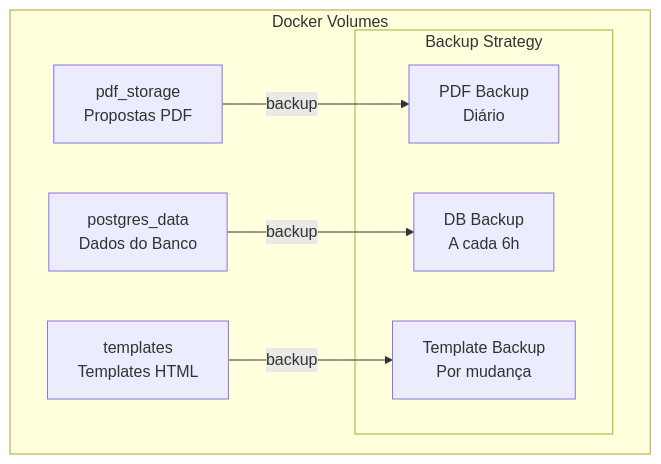
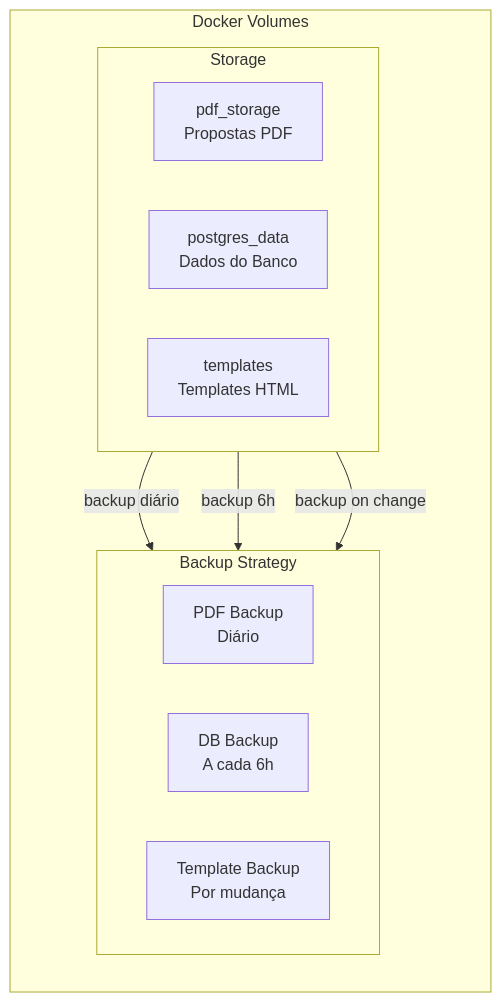
The fourth of 5 diagrams in doc/docker_compose.md (thespamer/propos4l), drawn with Mermaid before and after one commit. The commit also changed other lines of this file and 37 other files, not shown here.

````diff
--- a/doc/docker_compose.md
+++ b/doc/docker_compose.md
@@ -119,18 +138,24 @@
 ```mermaid
-graph TB
+flowchart TB
     subgraph DockerVolumes["Docker Volumes"]
-        PDFStorage["pdf_storage<br/>Propostas PDF"]
-        DBData["postgres_data<br/>Dados do Banco"]
-        Templates["templates<br/>Templates HTML"]
+        direction TB
+        subgraph Storage["Storage"]
+            direction LR
+            PDFStorage["pdf_storage<br/>Propostas PDF"]
+            DBData["postgres_data<br/>Dados do Banco"]
+            Templates["templates<br/>Templates HTML"]
+        end
         
         subgraph Backup["Backup Strategy"]
+            direction LR
             PDFBackup["PDF Backup<br/>Diário"]
             DBBackup["DB Backup<br/>A cada 6h"]
             TemplateBackup["Template Backup<br/>Por mudança"]
         end
+        
+        %% Backup Flows
+        PDFStorage -->|"backup diário"| PDFBackup
+        DBData -->|"backup 6h"| DBBackup
+        Templates -->|"backup on change"| TemplateBackup
     end
-    
-    PDFStorage -->|backup| PDFBackup
-    DBData -->|backup| DBBackup
-    Templates -->|backup| TemplateBackup
 ```
````
